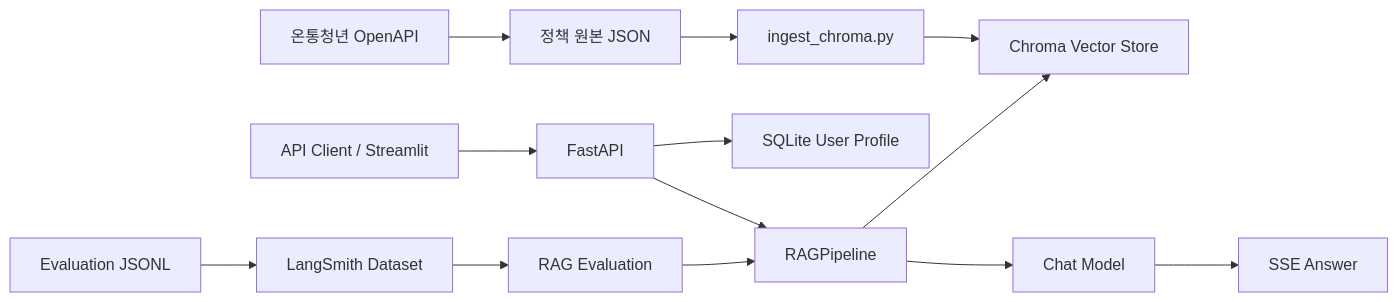
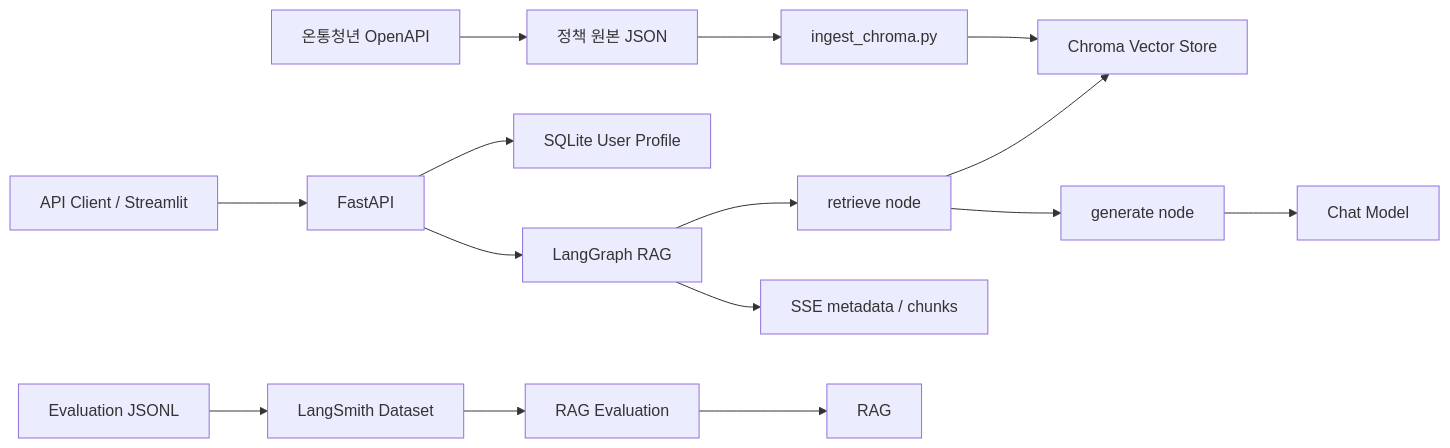
One commit to SungjinWi99/Youth-Policy-RAG changed the diagram in README.md. Above: the diagram before and after it, drawn with Mermaid. The commit also changed other lines of this file and 23 other files, not shown here.

````diff
--- a/README.md
+++ b/README.md
@@ -19,17 +21,19 @@
 ```mermaid
 flowchart LR
     API["온통청년 OpenAPI"] --> RAW["정책 원본 JSON"]
     RAW --> INGEST["ingest_chroma.py"]
     INGEST --> CHROMA["Chroma Vector Store"]
 
     CLIENT["API Client / Streamlit"] --> FASTAPI["FastAPI"]
     FASTAPI --> USERDB["SQLite User Profile"]
-    FASTAPI --> RAG["RAGPipeline"]
-    RAG --> CHROMA
-    RAG --> LLM["Chat Model"]
-    LLM --> SSE["SSE Answer"]
+    FASTAPI --> GRAPH["LangGraph RAG"]
+    GRAPH --> RETRIEVE["retrieve node"]
+    RETRIEVE --> CHROMA
+    RETRIEVE --> GENERATE["generate node"]
+    GENERATE --> LLM["Chat Model"]
+    GRAPH --> SSE["SSE metadata / chunks"]
 
     EVALDATA["Evaluation JSONL"] --> LANGSMITH["LangSmith Dataset"]
     LANGSMITH --> EVALRUN["RAG Evaluation"]
     EVALRUN --> RAG
 ```
````
